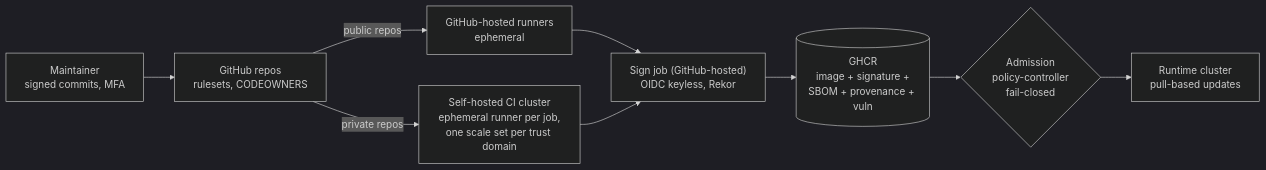
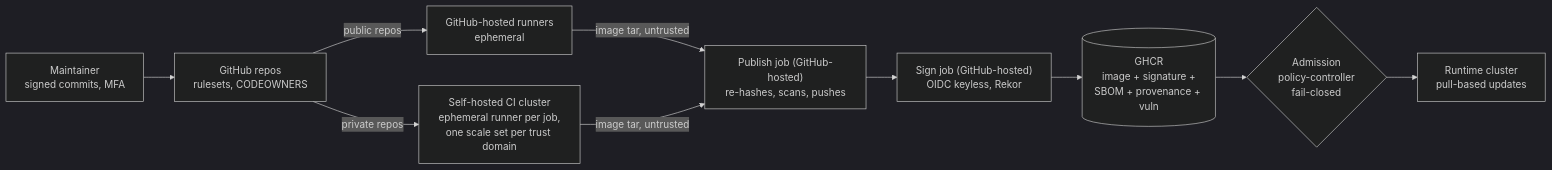
The diagram in docs/target-architecture.md (Pascal-Organisation/security-pipeline), drawn with Mermaid (dark theme) before and after one commit. The commit also changed other lines of this file and 6 other files, not shown here.

First line of the commit message:
release: v3.3.0 — untrusted build job, trusted publish job (D-43) (#50)

````diff
--- a/docs/target-architecture.md
+++ b/docs/target-architecture.md
@@ -33,11 +33,12 @@
 ```mermaid
 flowchart LR
   dev[Maintainer<br/>signed commits, MFA] --> gh[GitHub repos<br/>rulesets, CODEOWNERS]
   gh -->|public repos| hosted[GitHub-hosted runners<br/>ephemeral]
   gh -->|private repos| arc[Self-hosted CI cluster<br/>ephemeral runner per job,<br/>one scale set per trust domain]
-  hosted --> sign["Sign job (GitHub-hosted)<br/>OIDC keyless, Rekor"]
-  arc --> sign
+  hosted -->|image tar, untrusted| pub["Publish job (GitHub-hosted)<br/>re-hashes, scans, pushes"]
+  arc -->|image tar, untrusted| pub
+  pub --> sign["Sign job (GitHub-hosted)<br/>OIDC keyless, Rekor"]
   sign --> reg[(GHCR<br/>image + signature +<br/>SBOM + provenance + vuln)]
   reg --> adm{Admission<br/>policy-controller<br/>fail-closed}
   adm --> run[Runtime cluster<br/>pull-based updates]
 ```
````
